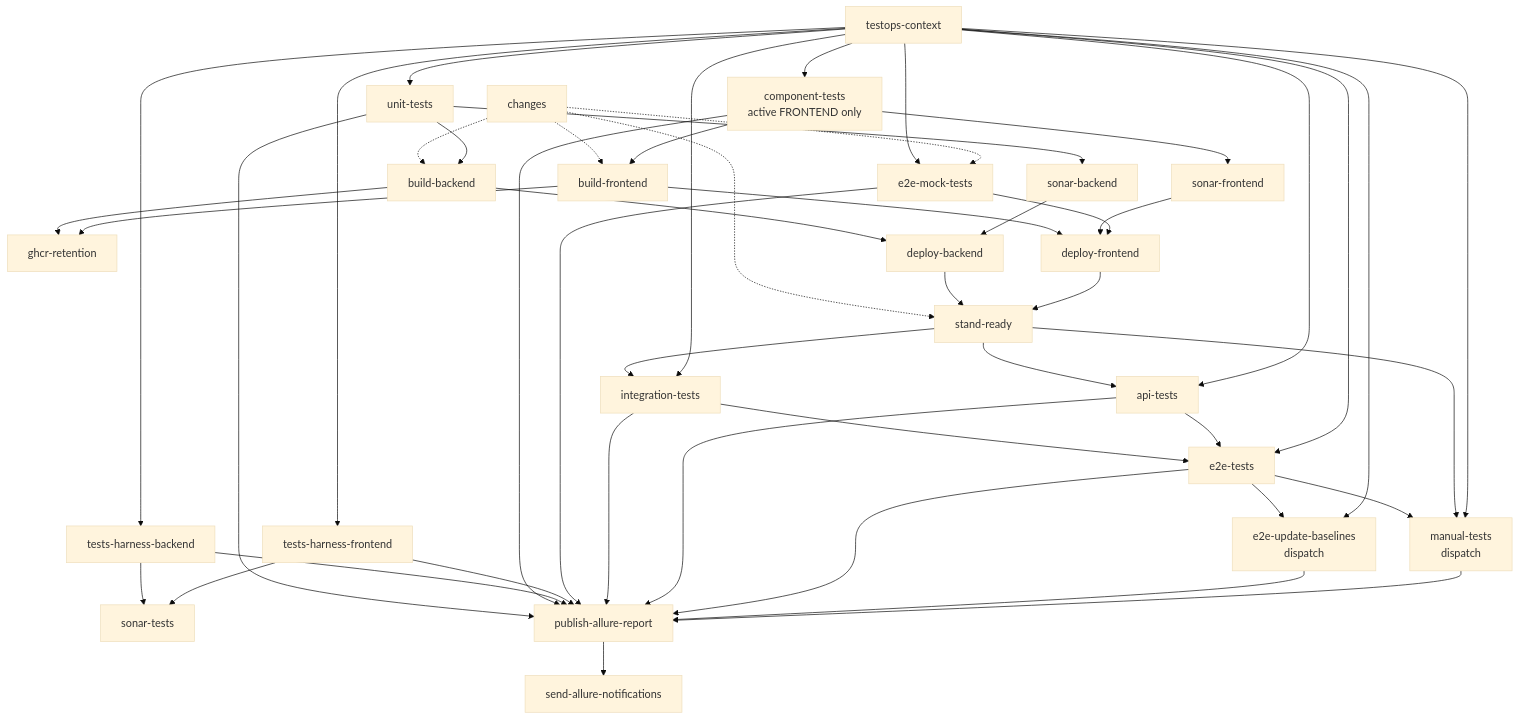
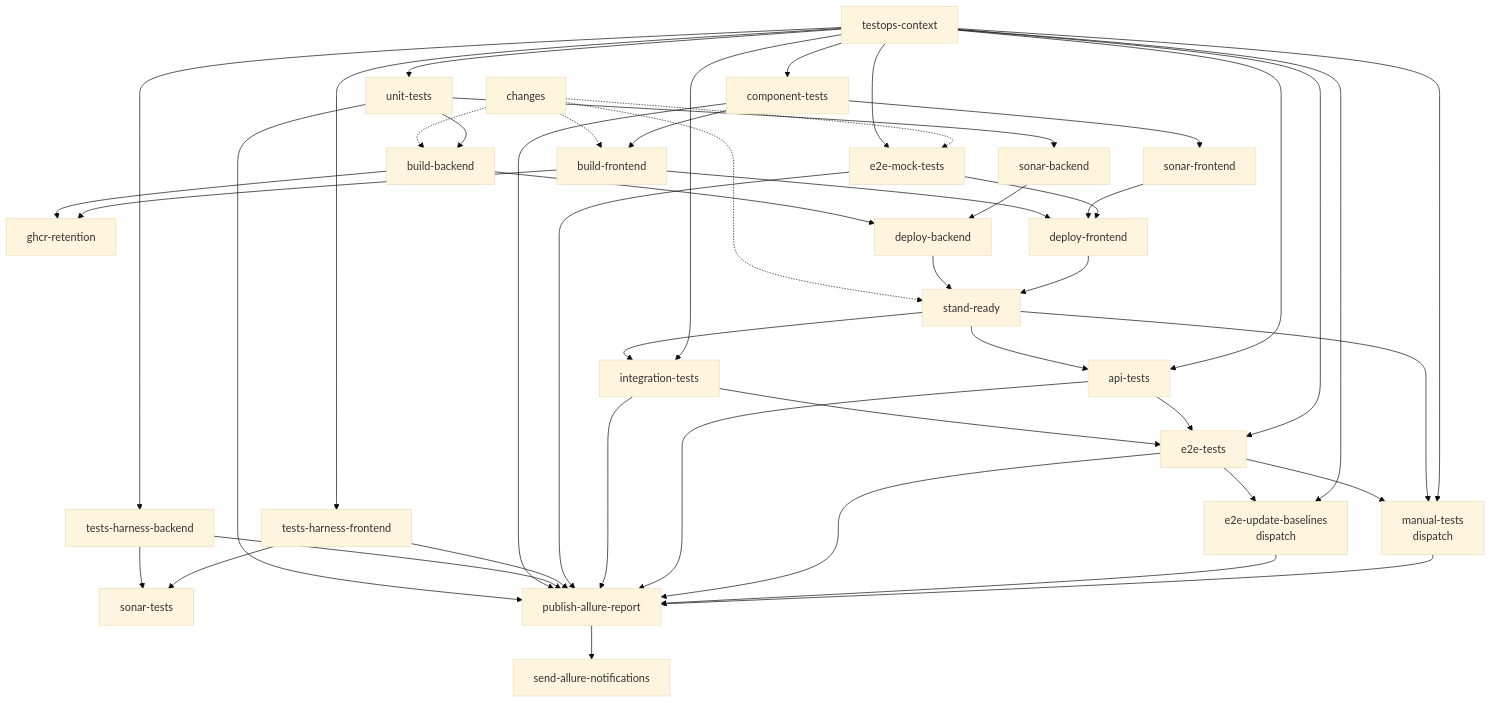
Before and after one commit to autotests-ai/autotests-ai-multistack-app: the diagram in README.md, drawn with Mermaid (base theme). The commit also changed other lines of this file, not shown here.

Commit message:
docs: label component-tests plainly in CI graph

````diff
--- a/README.md
+++ b/README.md
@@ -75,53 +75,53 @@
 ```mermaid
 flowchart TB
   TOC[testops-context]
   CH[changes]
 
   TOC --> UNIT[unit-tests]
-  TOC --> COMP[component-tests<br/>active FRONTEND only]
+  TOC --> COMP[component-tests]
   TOC --> HB[tests-harness-backend]
   TOC --> HF[tests-harness-frontend]
   TOC --> MOCK[e2e-mock-tests]
 
   CH -.-> MOCK
   CH -.-> BB
   CH -.-> BF
   CH -.-> READY
 
   UNIT --> SB[sonar-backend]
   COMP --> SF[sonar-frontend]
   HB --> ST[sonar-tests]
   HF --> ST
 
   UNIT --> BB[build-backend]
   COMP --> BF[build-frontend]
   BB & BF --> GHCR[ghcr-retention]
 
   BB --> DB[deploy-backend]
   SB --> DB
 
   BF --> DF[deploy-frontend]
   SF --> DF
   MOCK --> DF
 
   DB --> READY[stand-ready]
   DF --> READY
 
   READY --> INT[integration-tests]
   READY --> API[api-tests]
   TOC --> INT
   TOC --> API
 
   INT --> E2E[e2e-tests]
   API --> E2E
   TOC --> E2E
 
   E2E --> BASE[e2e-update-baselines<br/>dispatch]
   E2E --> MAN[manual-tests<br/>dispatch]
   READY --> MAN
   TOC --> BASE
   TOC --> MAN
 
   UNIT & COMP & HB & HF & MOCK & INT & API & E2E & BASE & MAN --> PUB[publish-allure-report]
   PUB --> NTF[send-allure-notifications]
 ```
````
